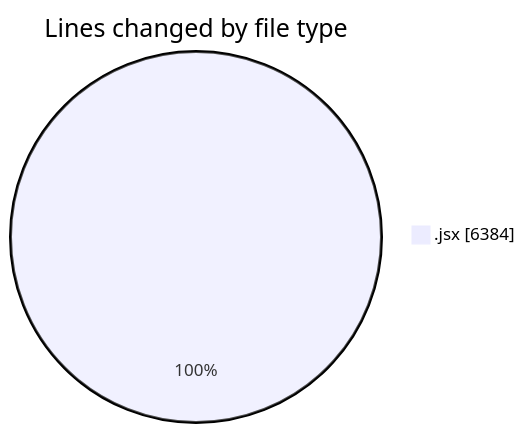
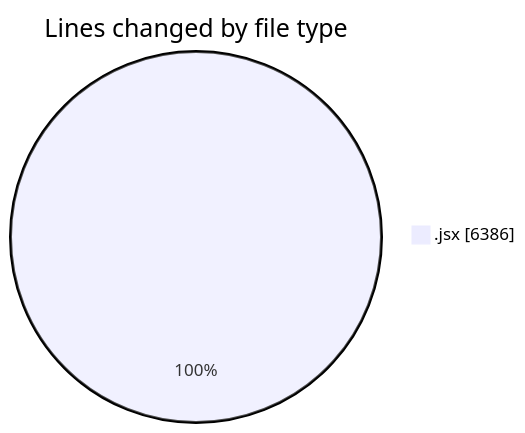
Before and after one commit to nxtqubesakshisongat/code-tracking: the first of 2 diagrams in 2025-05-05/nxtqube_webapp/README.md, drawn with Mermaid. The commit also changed other lines of this file and 1 other file, not shown here.

````diff
--- a/2025-05-05/nxtqube_webapp/README.md
+++ b/2025-05-05/nxtqube_webapp/README.md
@@ -24,5 +24,5 @@
 ```mermaid
 pie showData
 title Lines changed by file type
-".jsx" : 6384
+".jsx" : 6386
 ```
````
